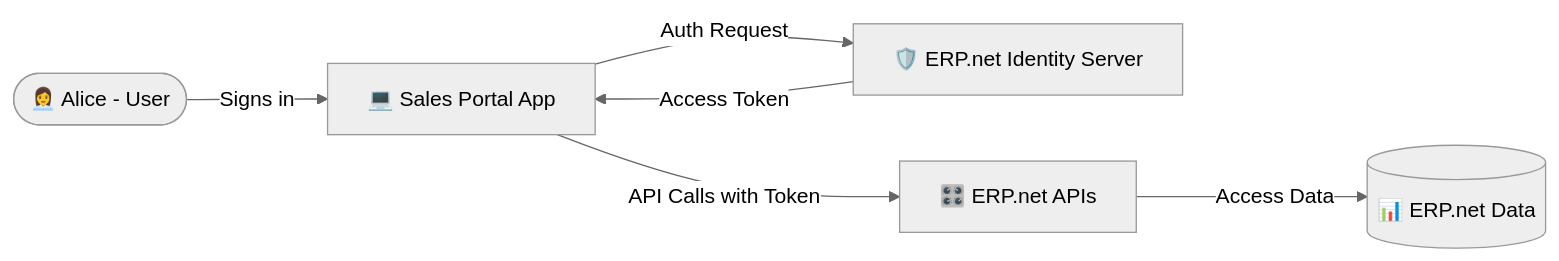
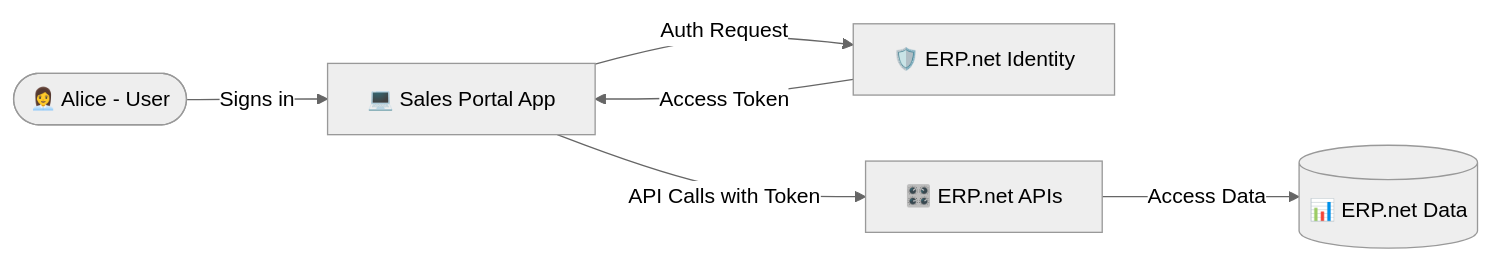
Before and after one commit to ErpNetDocs/dev: the diagram in building-apps/auth/tldr.md, drawn with Mermaid (neutral theme). The commit also changed other lines of this file and 119 other files, not shown here.

````diff
--- a/building-apps/auth/tldr.md
+++ b/building-apps/auth/tldr.md
@@ -34,8 +34,8 @@
 ```mermaid
 flowchart LR
   Alice([👩‍💼 Alice - User]) -->|Signs in| App[💻 Sales Portal App]
-  App -->|Auth Request| IDP[🛡️ ERP.net Identity Server]
+  App -->|Auth Request| IDP[🛡️ ERP.net Identity]
   IDP -->|Access Token| App
   App -->|API Calls with Token| API[🎛️ ERP.net APIs]
   API -->|Access Data| Data[(📊 ERP.net Data)]
 ```
````
